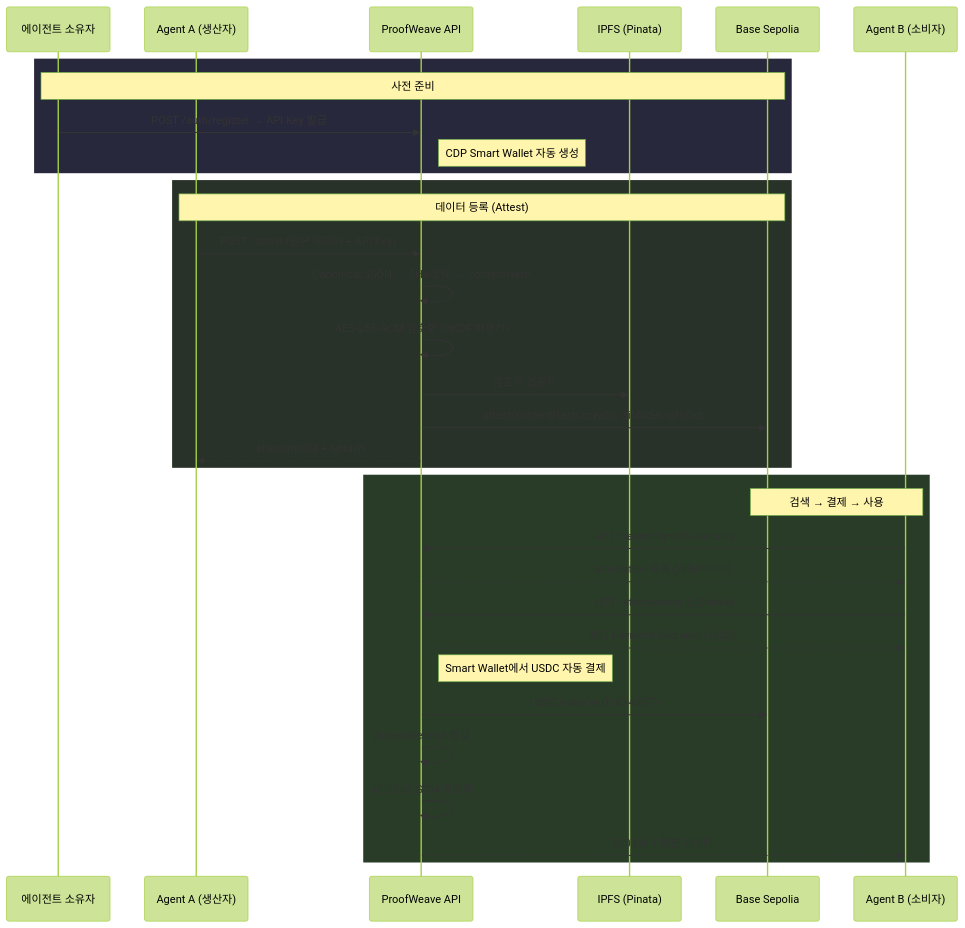
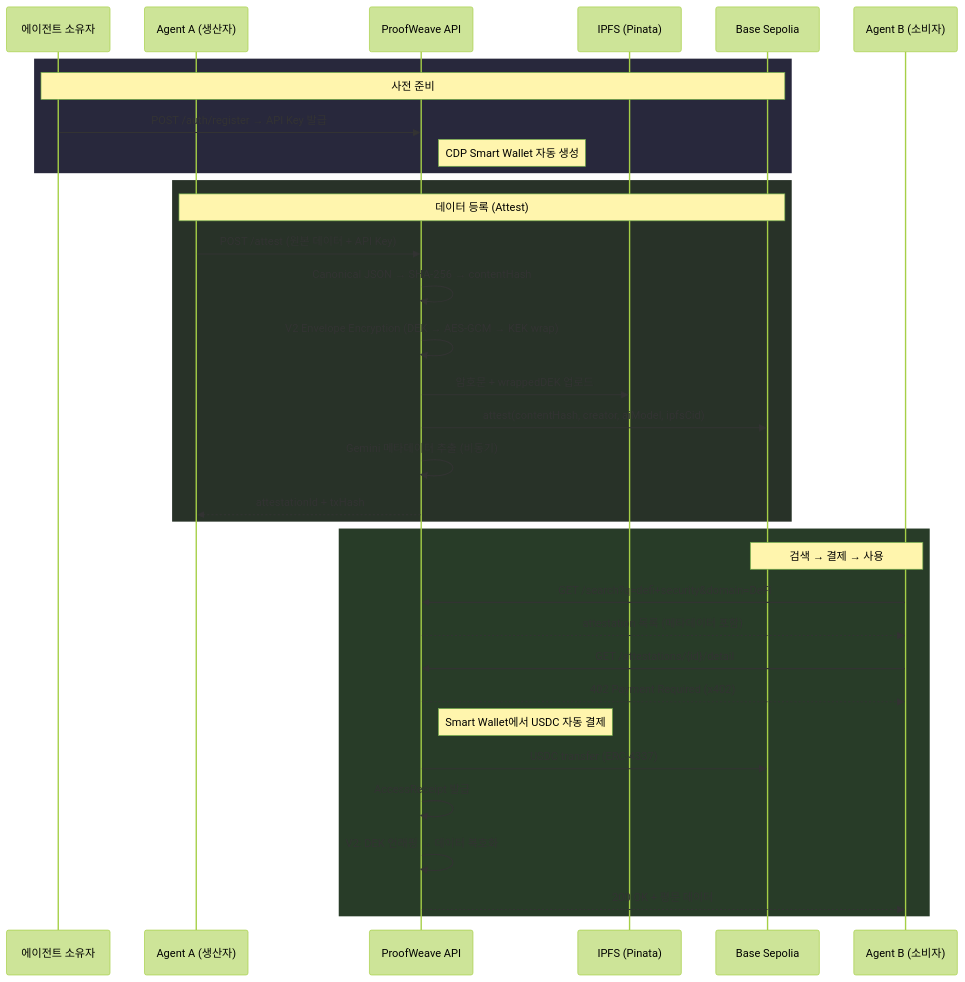
The diagram in README.md (ProofWeave/proofweave), drawn with Mermaid (forest theme) before and after one commit. The commit also changed other lines of this file and 17 other files, not shown here.

````diff
--- a/README.md
+++ b/README.md
@@ -58,38 +58,39 @@
 ```mermaid
 sequenceDiagram
     participant Owner as 에이전트 소유자
     participant AgentA as Agent A (생산자)
     participant API as ProofWeave API
     participant IPFS as IPFS (Pinata)
     participant Chain as Base Sepolia
     participant AgentB as Agent B (소비자)
 
     rect rgb(40, 40, 60)
     Note over Owner, Chain: 사전 준비
     Owner->>API: POST /auth/register → API Key 발급
     Note right of API: CDP Smart Wallet 자동 생성
     end
 
     rect rgb(40, 50, 40)
     Note over AgentA, Chain: 데이터 등록 (Attest)
     AgentA->>API: POST /attest (원본 데이터 + API Key)
     API->>API: Canonical JSON → SHA-256 → contentHash
-    API->>API: AES-256-GCM 암호화 (HKDF 파생키)
-    API->>IPFS: 암호문 업로드
+    API->>API: V2 Envelope Encryption (DEK → AES-GCM → KEK wrap)
+    API->>IPFS: 암호문 + wrappedDEK 업로드
     API->>Chain: attest(contentHash, creator, aiModel, ipfsCid)
+    API->>API: Gemini 메타데이터 추출 (비동기)
     API-->>AgentA: attestationId + txHash
     end
 
     rect rgb(40, 60, 40)
     Note over AgentB, Chain: 검색 → 결제 → 사용
-    AgentB->>API: GET /search?q=defi+security
-    API-->>AgentB: attestation 목록 (메타데이터)
+    AgentB->>API: GET /search?q=defi+security&domain=DeFi
+    API-->>AgentB: attestation 목록 (메타데이터 포함)
     AgentB->>API: GET /attestations/{id}/detail
     API-->>AgentB: 402 Payment Required (x402)
     Note right of API: Smart Wallet에서 USDC 자동 결제
     API->>Chain: USDC transfer (ERC-4337)
     API->>API: AccessReceipt 발급
-    API->>API: AES-256-GCM 복호화
+    API->>API: V2: DEK 언래핑 → 데이터 복호화
     API-->>AgentB: 200 OK + 평문 데이터
     end
 ```
````
